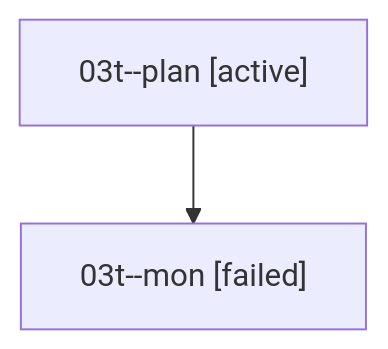
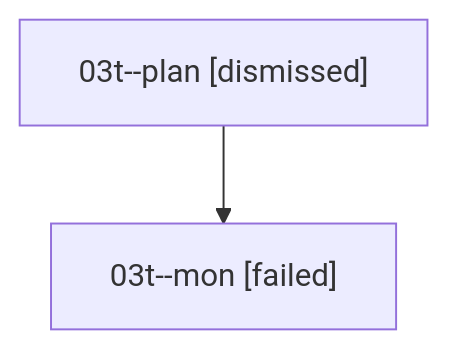
The diagram in sessions/bbugyi200.athena.03t.md (sase-org/sase--agents), drawn with Mermaid before and after one commit. The commit also changed other lines of this file and 28 other files, not shown here.

````diff
--- a/sessions/bbugyi200.athena.03t.md
+++ b/sessions/bbugyi200.athena.03t.md
@@ -9,6 +9,6 @@
 ```mermaid
 flowchart TD
-  n0["03t--plan [active]"]
+  n0["03t--plan [dismissed]"]
   n1["03t--mon [failed]"]
   n0 --> n1
 ```
````
